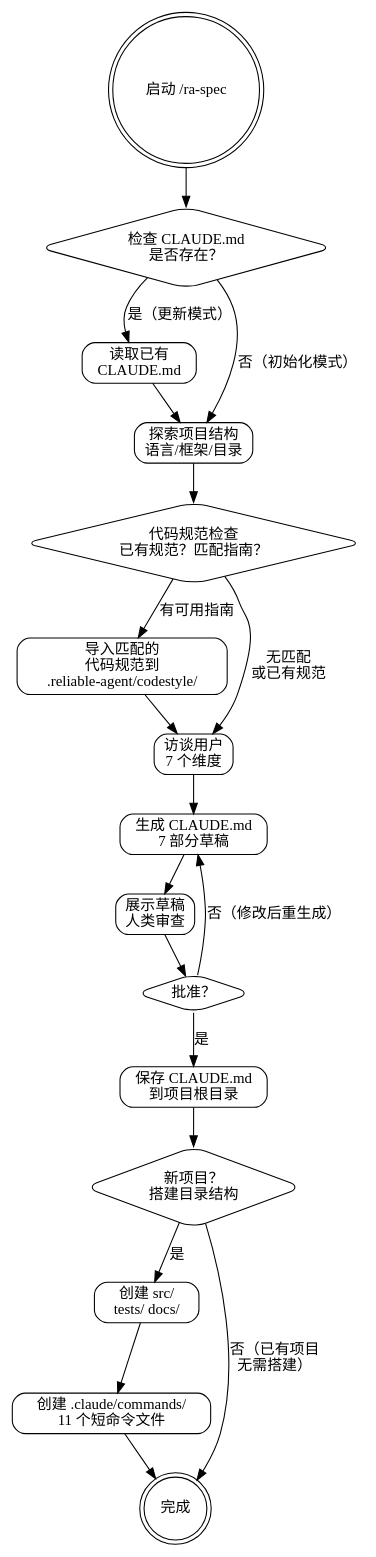
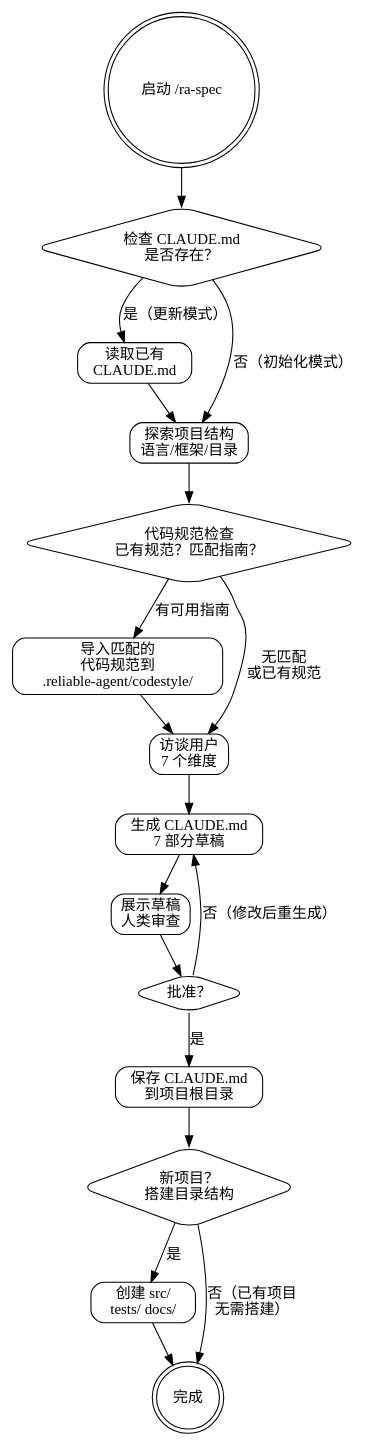
Before and after one commit to sueichen/reliable-agent: the diagram in skills/ra-spec/SKILL.md, drawn with Graphviz. The commit also changed other lines of this file and 14 other files, not shown here.

````diff
--- a/skills/ra-spec/SKILL.md
+++ b/skills/ra-spec/SKILL.md
@@ -29,41 +29,39 @@
 ```dot
 digraph reliable_spec {
     rankdir=TB;
     node [shape=box, style=rounded];
 
     start [label="启动 /ra-spec", shape=doublecircle];
     check_existing [label="检查 CLAUDE.md\n是否存在？", shape=diamond];
     read_existing [label="读取已有\nCLAUDE.md"];
     explore [label="探索项目结构\n语言/框架/目录"];
     codestyle_check [label="代码规范检查\n已有规范？匹配指南？", shape=diamond];
     import_style [label="导入匹配的\n代码规范到\n.reliable-agent/codestyle/"];
     interview [label="访谈用户\n7 个维度"];
     generate [label="生成 CLAUDE.md\n7 部分草稿"];
     present [label="展示草稿\n人类审查"];
     approved [label="批准？", shape=diamond];
     save [label="保存 CLAUDE.md\n到项目根目录"];
     scaffold [label="新项目？\n搭建目录结构", shape=diamond];
     create_dirs [label="创建 src/\ntests/ docs/"];
-    create_commands [label="创建 .claude/commands/\n11 个短命令文件"];
     done [label="完成", shape=doublecircle];
 
     start -> check_existing;
     check_existing -> read_existing [label="是（更新模式）"];
     check_existing -> explore [label="否（初始化模式）"];
     read_existing -> explore;
     explore -> codestyle_check;
     codestyle_check -> import_style [label="有可用指南"];
     codestyle_check -> interview [label="无匹配\n或已有规范"];
     import_style -> interview;
     interview -> generate;
     generate -> present;
     present -> approved;
     approved -> save [label="是"];
     approved -> generate [label="否（修改后重生成）"];
     save -> scaffold;
     scaffold -> create_dirs [label="是"];
     scaffold -> done [label="否（已有项目\n无需搭建）"];
-    create_dirs -> create_commands;
-    create_commands -> done;
+    create_dirs -> done;
 }
 ```
````
